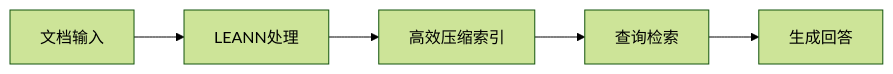
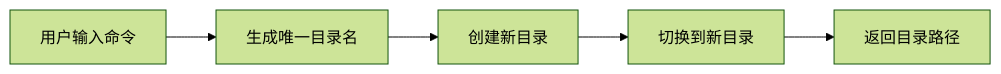
One commit to wayyoungboy/github-trending-reporter changed the fourth of 6 diagrams in reports/2026/01/2026-01-20.md. Above: the diagram before and after it, drawn with Mermaid (forest theme). The commit also changed other lines of this file and 1 other file, not shown here.

````diff
--- a/reports/2026/01/2026-01-20.md
+++ b/reports/2026/01/2026-01-20.md
@@ -260,7 +256,7 @@
 ```mermaid
 graph LR
-    A[文档输入] --> B[LEANN处理]
-    B --> C[高效压缩索引]
-    C --> D[查询检索]
-    D --> E[生成回答]
+    A[用户输入命令] --> B[生成唯一目录名]
+    B --> C[创建新目录]
+    C --> D[切换到新目录]
+    D --> E[返回目录路径]
 ```
````
